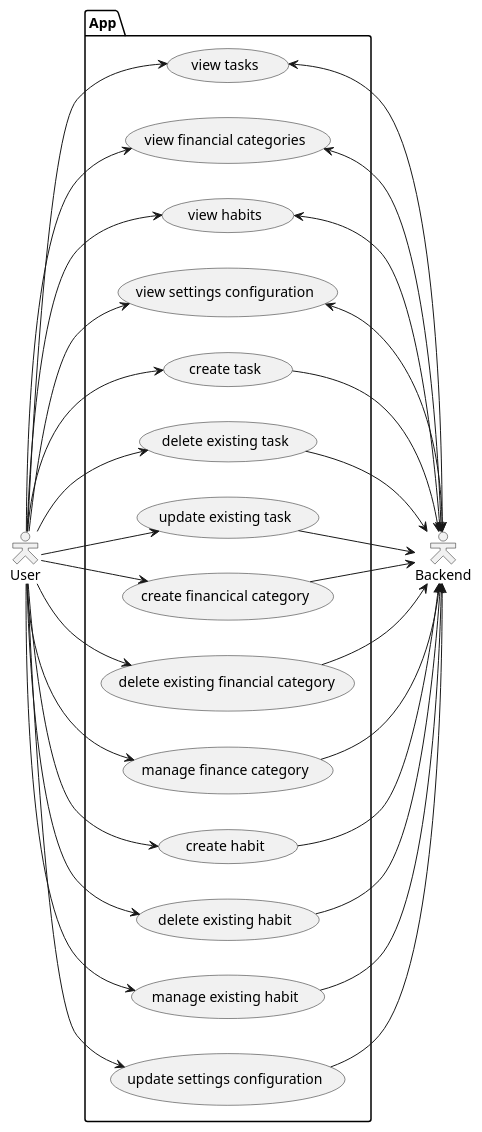
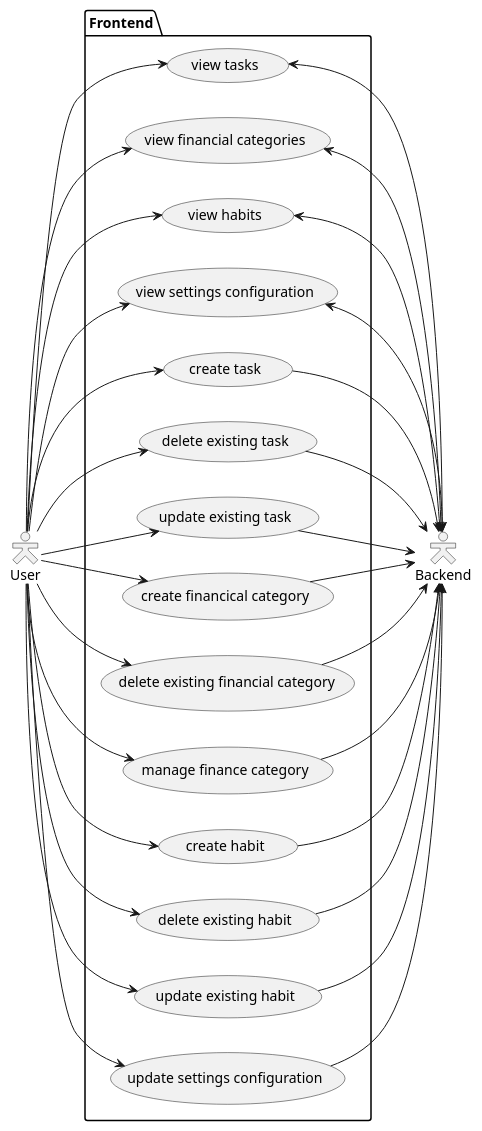
Before and after one commit to Toby-Rea/planner: the first of 2 diagrams in docs/Usecases.puml, drawn with PlantUML. The commit also changed other lines of this file and 2 other files, not shown here.

Commit message:
more usecase sketching out

```diff
--- a/docs/Usecases.puml
+++ b/docs/Usecases.puml
@@ -1,56 +1,59 @@
 @startuml FrontendUses
 skinparam actorStyle Hollow
 left to right direction
 :User: as u
 :Backend: as b
 
-package App {
+package Frontend {
     usecase "create task" as c_task
     usecase "delete existing task" as d_task
     usecase "update existing task" as u_task
     usecase "view tasks" as v_task
+
     usecase "create financical category" as c_finance
     usecase "delete existing financial category" as d_finance
     usecase "manage finance category" as m_finance
     usecase "view financial categories" as v_finance
+
     usecase "create habit" as c_habit
     usecase "delete existing habit" as d_habit
-    usecase "manage existing habit" as u_habit
+    usecase "update existing habit" as u_habit
     usecase "view habits" as v_habit
+
     usecase "update settings configuration" as u_settings
     usecase "view settings configuration" as v_settings
 }
 
 u --> c_task
 c_task --> b
 u --> d_task
 d_task --> b
 u --> u_task
 u_task --> b
 u --> v_task
 v_task <-> b
 
 u --> c_finance
 c_finance --> b
 u --> d_finance
 d_finance --> b
 u --> m_finance
 m_finance --> b
 u --> v_finance
 v_finance <-> b
 
 u --> c_habit
 c_habit --> b
 u --> d_habit
 d_habit --> b
 u --> u_habit
 u_habit --> b
 u --> v_habit
 v_habit <-> b
 
 u --> v_settings
 v_settings <-> b
 u --> u_settings
 u_settings --> b
 
 @enduml
```
